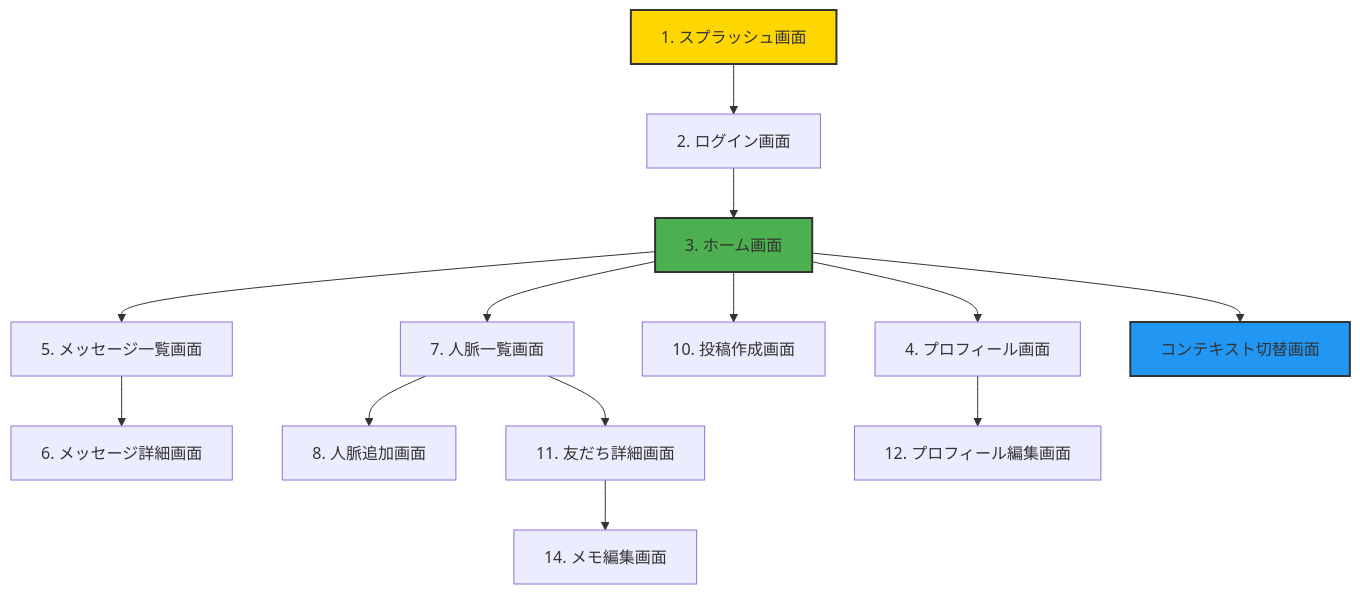
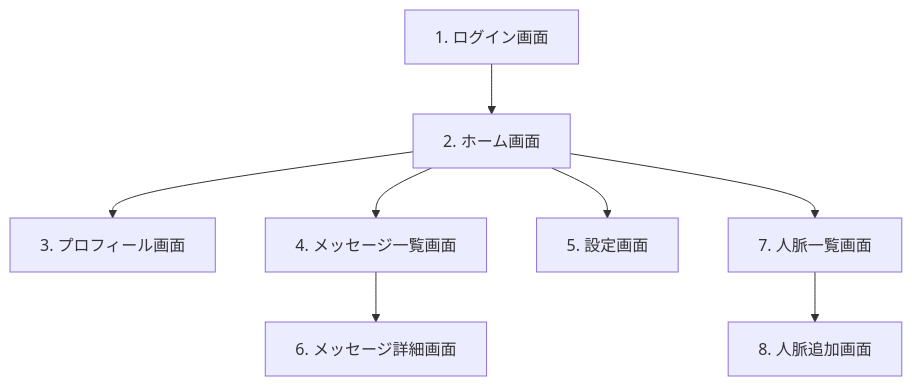
The third of 11 diagrams in uiux_book.md (hamatz/tech_doc), drawn with Mermaid before and after one commit. The commit also changed other lines of this file, not shown here.

````diff
--- a/uiux_book.md
+++ b/uiux_book.md
@@ -593,19 +639,10 @@
 ```mermaid
 graph TD
-    A[1. スプラッシュ画面] --> B[2. ログイン画面]
-    B --> C[3. ホーム画面]
-    C --> D[4. プロフィール画面]
-    C --> E[5. メッセージ一覧画面]
-    C --> F[10. 投稿作成画面]
-    C --> G[7. 人脈一覧画面]
-    C --> I[コンテキスト切替画面]
-    E --> J[6. メッセージ詳細画面]
-    G --> K[8. 人脈追加画面]
-    G --> N[11. 友だち詳細画面]
-    N --> O[14. メモ編集画面]
-    D --> L[12. プロフィール編集画面]
-
-    style A fill:#FFD700,stroke:#333,stroke-width:2px
-    style C fill:#4CAF50,stroke:#333,stroke-width:2px
-    style I fill:#2196F3,stroke:#333,stroke-width:2px
+    A[1. ログイン画面] --> B[2. ホーム画面]
+    B --> C[3. プロフィール画面]
+    B --> D[4. メッセージ一覧画面]
+    B --> E[5. 設定画面]
+    D --> F[6. メッセージ詳細画面]
+    B --> G[7. 人脈一覧画面]
+    G --> H[8. 人脈追加画面]
 ```
````
